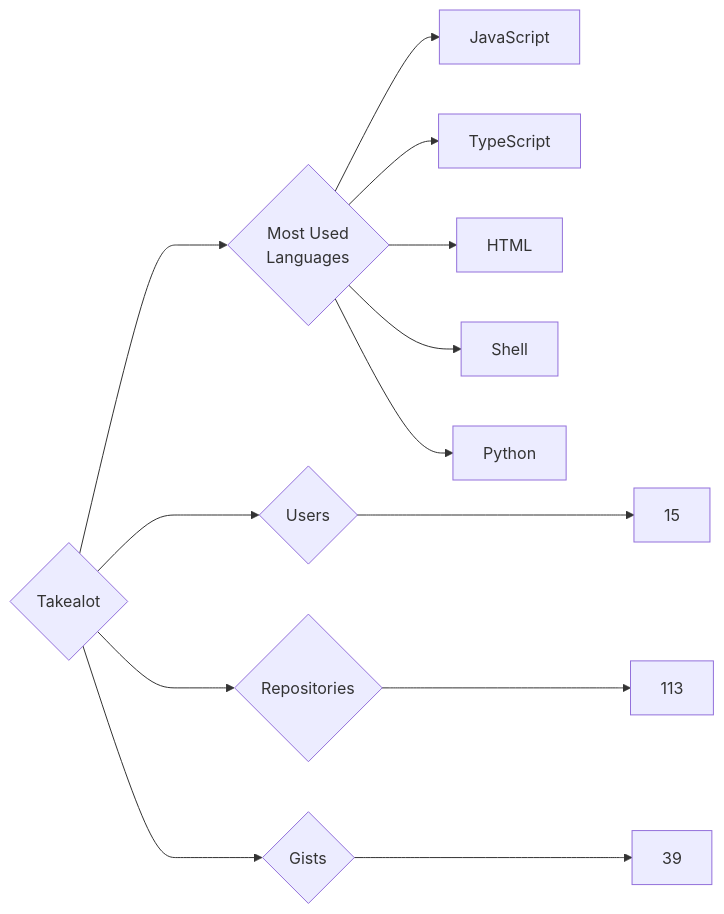
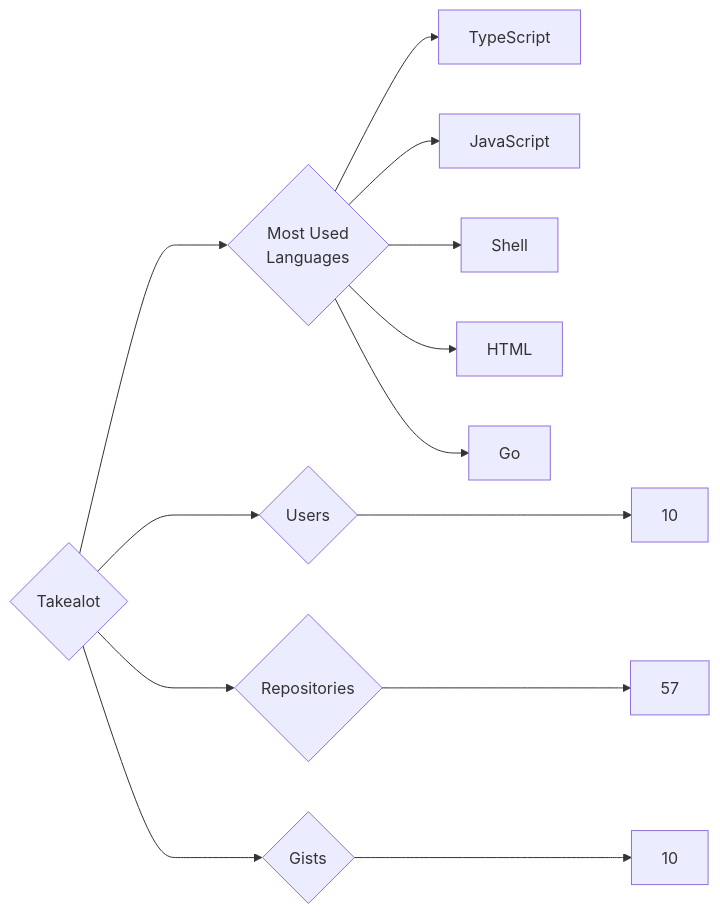
The diagram in targets/Takealot/README.md (trickest/insiders), drawn with Mermaid before and after one commit. The commit also changed 965 other files, not shown here.

````diff
--- a/targets/Takealot/README.md
+++ b/targets/Takealot/README.md
@@ -3,13 +3,13 @@
 ```mermaid
 graph LR
 COMPANY_NAME{Takealot}
-COMPANY_NAME ---> U{Users} ---> UN[15]
-COMPANY_NAME ---> R{Repositories} ---> RN[113]
-COMPANY_NAME ---> G{Gists} ---> GN[39]
+COMPANY_NAME ---> U{Users} ---> UN[10]
+COMPANY_NAME ---> R{Repositories} ---> RN[57]
+COMPANY_NAME ---> G{Gists} ---> GN[10]
 COMPANY_NAME ---> ML{Most Used<br>Languages}
+ML --> TypeScript[TypeScript]
 ML --> JavaScript[JavaScript]
-ML --> TypeScript[TypeScript]
+ML --> Shell[Shell]
 ML --> HTML[HTML]
-ML --> Shell[Shell]
-ML --> Python[Python]
+ML --> Go[Go]
 ```
````
